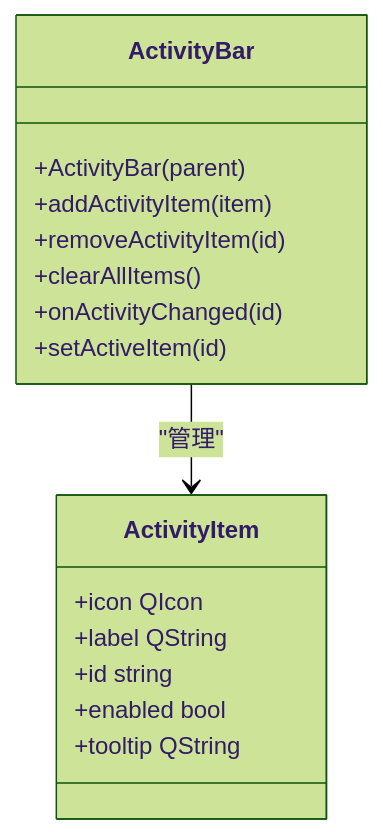
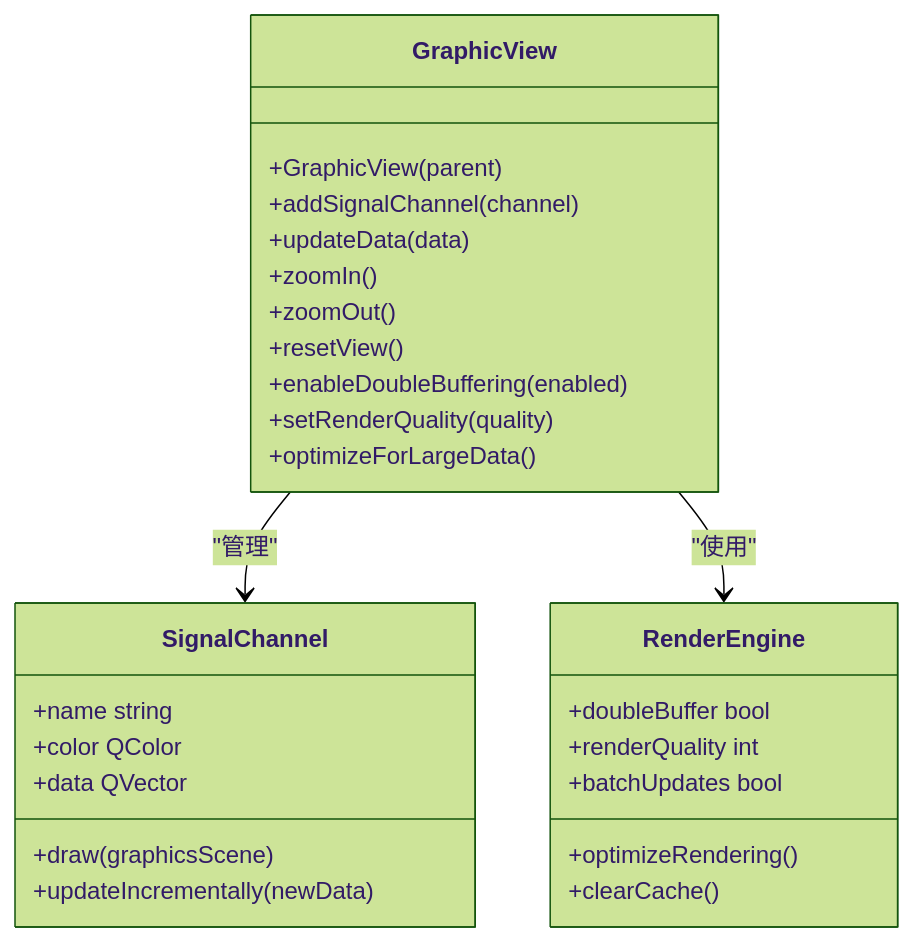
Before and after one commit to jakecai1225-design/OpenBus: the sixth of 15 diagrams in .qoder/repowiki/zh/content/架构设计/UI系统设计/UI系统设计.md, drawn with Mermaid (forest theme). The commit also changed other lines of this file and 215 other files, not shown here.

````diff
--- a/.qoder/repowiki/zh/content/架构设计/UI系统设计/UI系统设计.md
+++ b/.qoder/repowiki/zh/content/架构设计/UI系统设计/UI系统设计.md
@@ -438,19 +442,30 @@
 ```mermaid
 classDiagram
-class ActivityBar {
-+ActivityBar(parent)
-+addActivityItem(item)
-+removeActivityItem(id)
-+clearAllItems()
-+onActivityChanged(id)
-+setActiveItem(id)
+class GraphicView {
++GraphicView(parent)
++addSignalChannel(channel)
++updateData(data)
++zoomIn()
++zoomOut()
++resetView()
++enableDoubleBuffering(enabled)
++setRenderQuality(quality)
++optimizeForLargeData()
 }
-class ActivityItem {
-+icon QIcon
-+label QString
-+id string
-+enabled bool
-+tooltip QString
+class SignalChannel {
++name string
++color QColor
++data QVector
++draw(graphicsScene)
++updateIncrementally(newData)
 }
-ActivityBar --> ActivityItem : "管理"
+class RenderEngine {
++doubleBuffer bool
++renderQuality int
++batchUpdates bool
++optimizeRendering()
++clearCache()
+}
+GraphicView --> SignalChannel : "管理"
+GraphicView --> RenderEngine : "使用"
 ```
````
